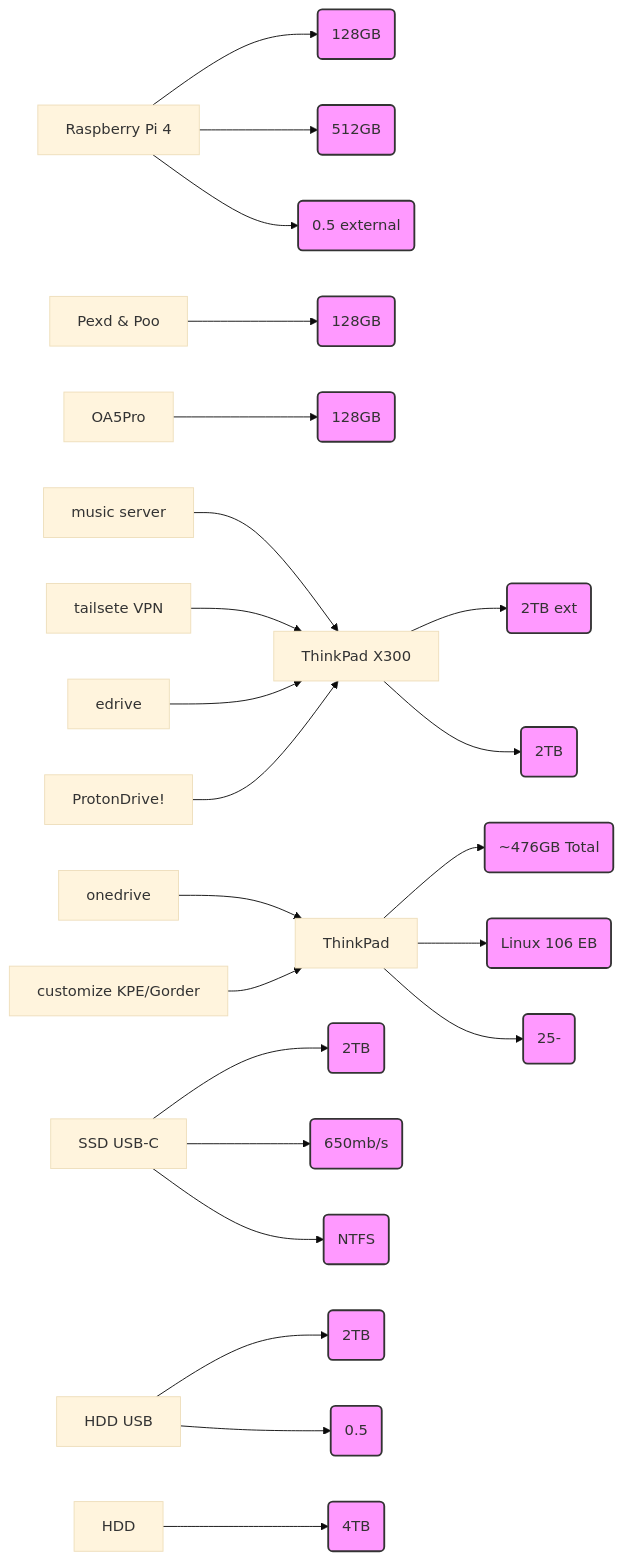
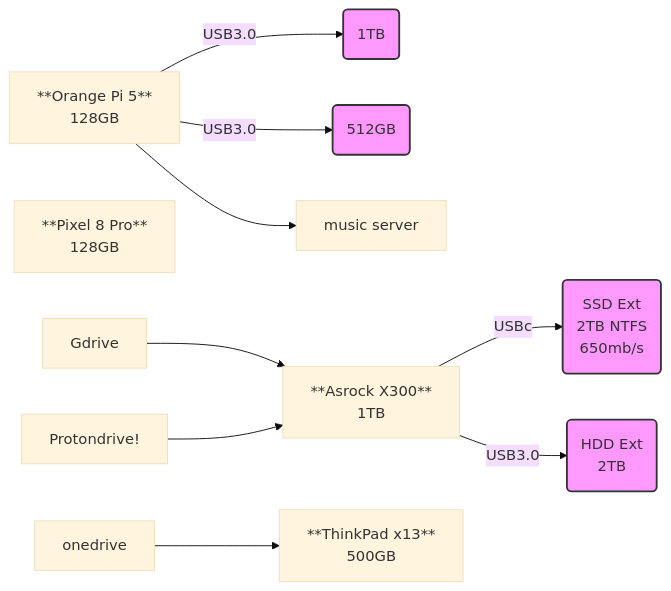
Before and after one commit to JAlcocerT/JAlcocerT: the diagram in content/blog/oss-nas.md, drawn with Mermaid (base theme). The commit also changed other lines of this file and 6 other files, not shown here.

````diff
--- a/content/blog/oss-nas.md
+++ b/content/blog/oss-nas.md
@@ -106,42 +87,18 @@
 ```mermaid
 graph LR
-    A[Raspberry Pi 4] --> B(128GB);
-    A --> C(512GB);
-    A --> D(0.5 external);
-    E[Pexd & Poo] --> F(128GB);
-    G[OA5Pro] --> H(128GB);
-    I[ThinkPad X300] --> J(2TB ext);
-    I --> K(2TB);
-    L[ThinkPad] --> M( ~476GB Total);
-    L --> N(Linux 106 EB);
-    L --> O(25-);
-    P[SSD USB-C] --> Q(2TB);
-    P --> R(650mb/s);
-    P --> S(NTFS);
-    T[HDD USB] --> U(2TB);
-    T --> V(0.5);
-    W[HDD] --> X(4TB);
-    Y[music server] --> I;
-    Z[tailsete VPN] --> I;
-    AA[edrive] --> I;
-    AB[ProtonDrive!] --> I;
+    A[**Orange Pi 5** <br/> 128GB] --USB3.0 --> B(1TB);
+    A --USB3.0--> C(512GB);
+    E[**Pixel 8 Pro** <br/> 128GB];
+    I[**Asrock X300** <br/> 1TB ] --USBc--> J(SSD Ext <br/>2TB NTFS <br/> 650mb/s);
+    I --USB3.0--> K(HDD Ext <br/> 2TB );
+    L[**ThinkPad x13**<br/>500GB];
+    A --> Y[music server];
+    AA[Gdrive] --> I;
+    AB[Protondrive!] --> I;
     AC[onedrive] --> L;
-    AD[customize KPE/Gorder] --> L;
     
     style B fill:#f9f,stroke:#333,stroke-width:2px
     style C fill:#f9f,stroke:#333,stroke-width:2px
-    style D fill:#f9f,stroke:#333,stroke-width:2px
-    style F fill:#f9f,stroke:#333,stroke-width:2px
-    style H fill:#f9f,stroke:#333,stroke-width:2px
     style J fill:#f9f,stroke:#333,stroke-width:2px
     style K fill:#f9f,stroke:#333,stroke-width:2px
-    style M fill:#f9f,stroke:#333,stroke-width:2px
-    style N fill:#f9f,stroke:#333,stroke-width:2px
-    style O fill:#f9f,stroke:#333,stroke-width:2px
-    style Q fill:#f9f,stroke:#333,stroke-width:2px
-    style R fill:#f9f,stroke:#333,stroke-width:2px
-    style S fill:#f9f,stroke:#333,stroke-width:2px
-    style U fill:#f9f,stroke:#333,stroke-width:2px
-    style V fill:#f9f,stroke:#333,stroke-width:2px
-    style X fill:#f9f,stroke:#333,stroke-width:2px
 ```
````
